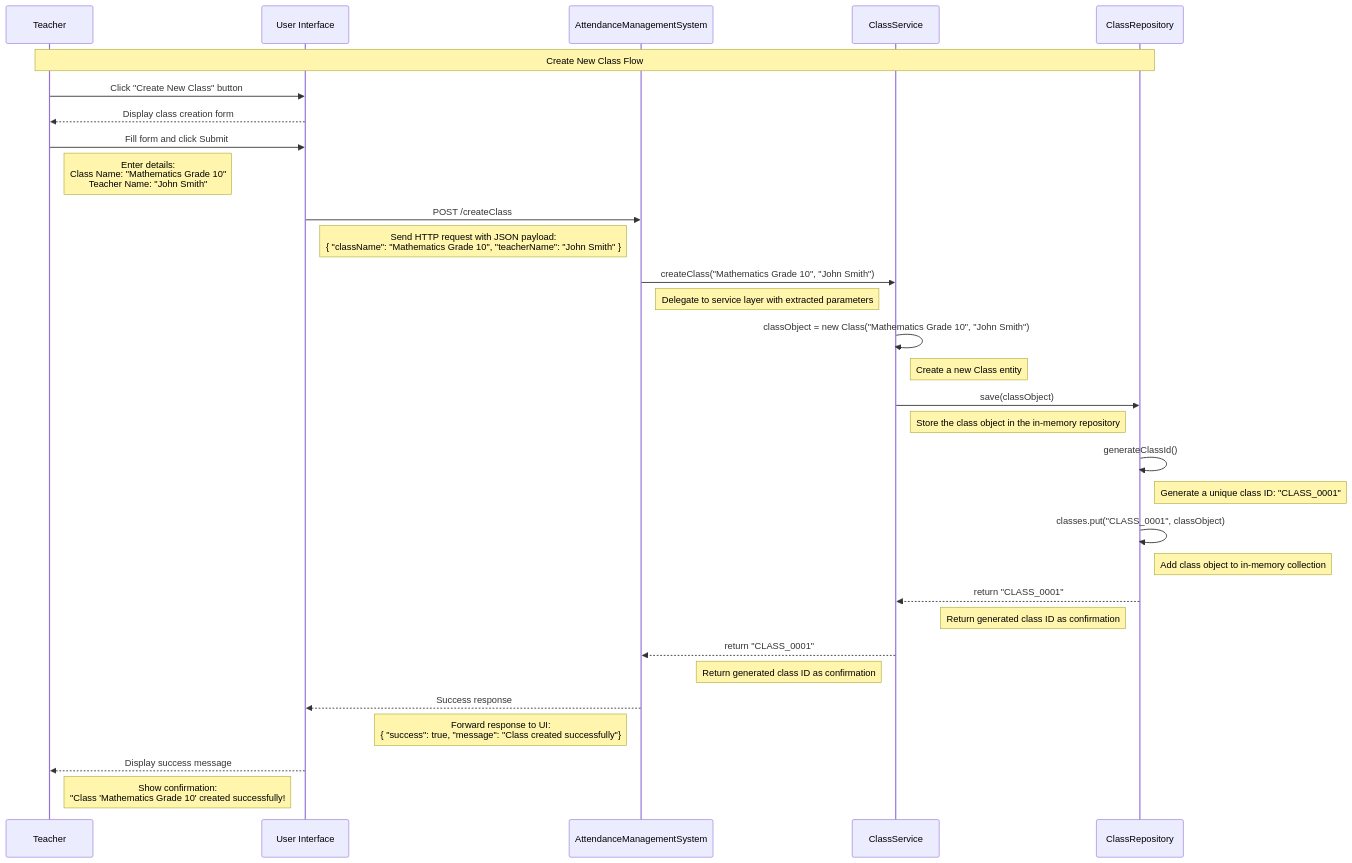
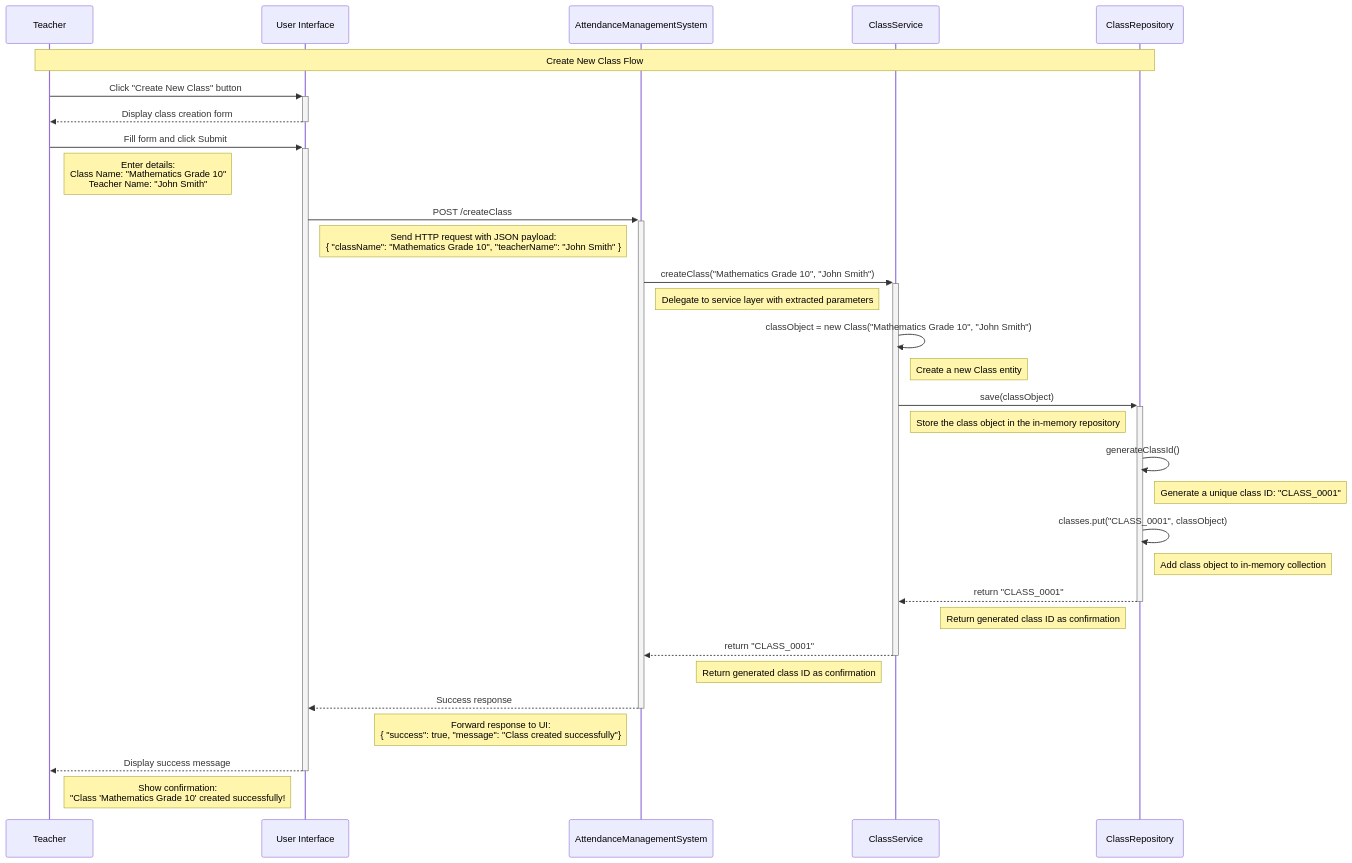
One commit to NishchayAnand/software-engineering changed the diagram in Backend Engineering/Case Studies/Case Study 1. Attendance Management System/2. Sequence Flow.md. Above: the diagram before and after it, drawn with Mermaid.

Commit message:
minor modifications in create class sequence flow of attendance management system

````diff
--- a/Backend Engineering/Case Studies/Case Study 1. Attendance Management System/2. Sequence Flow.md
+++ b/Backend Engineering/Case Studies/Case Study 1. Attendance Management System/2. Sequence Flow.md
@@ -13,46 +13,46 @@
 ```mermaid
 sequenceDiagram
 	participant T as Teacher
 	participant UI as User Interface
 	participant AMS as AttendanceManagementSystem
 	participant CS as ClassService
 	participant CR as ClassRepository
 
 	Note over T,CR: Create New Class Flow
 
-	T->>UI: Click "Create New Class" button
-	UI-->>T: Display class creation form
+	T->>+UI: Click "Create New Class" button
+	UI-->>-T: Display class creation form
 
-	T->>UI: Fill form and click Submit
+	T->>+UI: Fill form and click Submit
 	Note right of T: Enter details:<br/>Class Name: "Mathematics Grade 10"<br/>Teacher Name: "John Smith"
   
-	UI->>AMS: POST /createClass
+	UI->>+AMS: POST /createClass
 	Note right of UI: Send HTTP request with JSON payload: <br/>{ "className": "Mathematics Grade 10", "teacherName": "John Smith" }
 
-	AMS->>CS: createClass("Mathematics Grade 10", "John Smith")
+	AMS->>+CS: createClass("Mathematics Grade 10", "John Smith")
 	Note right of AMS: Delegate to service layer with extracted parameters
 
 	CS->>CS: classObject = new Class("Mathematics Grade 10", "John Smith")
 	Note right of CS: Create a new Class entity
 
-	CS->>CR: save(classObject)
+	CS->>+CR: save(classObject)
 	Note right of CS: Store the class object in the in-memory repository
 
 	CR->>CR: generateClassId()
 	Note right of CR: Generate a unique class ID: "CLASS_0001"
 	
 	CR->>CR: classes.put("CLASS_0001", classObject)
 	Note right of CR: Add class object to in-memory collection
 
-	CR-->>CS: return "CLASS_0001"
+	CR-->>-CS: return "CLASS_0001"
 	Note left of CR: Return generated class ID as confirmation
 
-	CS-->>AMS: return "CLASS_0001"
+	CS-->>-AMS: return "CLASS_0001"
 	Note left of CS: Return generated class ID as confirmation
 
-	AMS-->>UI: Success response
+	AMS-->>-UI: Success response
 	Note left of AMS: Forward response to UI: <br/> { "success": true, "message": "Class created successfully"}
 
-	UI-->>T: Display success message
+	UI-->>-T: Display success message
 	Note left of UI: Show confirmation:<br/>"Class 'Mathematics Grade 10' created successfully!
 ```
````
